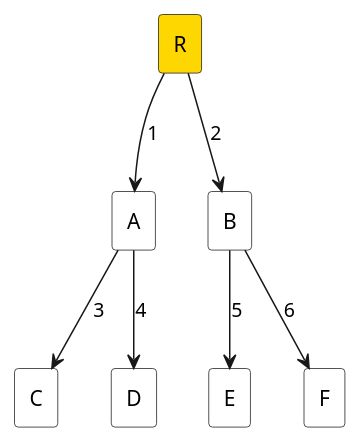
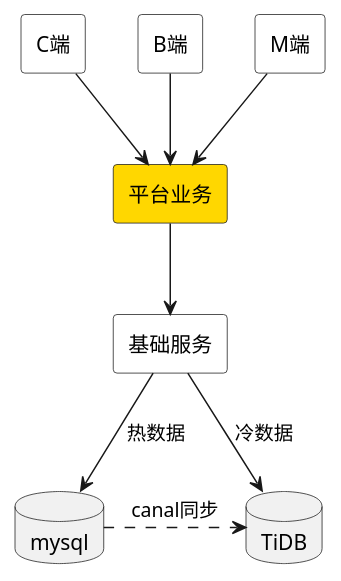
The diagram in diagram/ComponentDemo.puml (dictionaryshi/wxjj), drawn with PlantUML before and after one commit.

Commit message:
ComponentDemo.puml

```diff
--- a/diagram/ComponentDemo.puml
+++ b/diagram/ComponentDemo.puml
@@ -1,25 +1,30 @@
 @startuml
 
 skinparam component {
     Style rectangle
     BackgroundColor white
 }
 
-component #gold R
-component A
-component B
-component C
-component D
-component E
-component F
+component "C端" as A
+component "B端" as B
+component "M端" as M
 
-R --> A : 1
-R --> B : 2
+component "平台业务" as P #gold
 
-A --> C : 3
-A --> D : 4
+component "基础服务" as J
 
-B --> E : 5
-B --> F : 6
+database mysql
+database TiDB
+
+A --> P
+B --> P
+M --> P
+
+P --> J
+
+J -down-> mysql : 热数据
+J -down-> TiDB : 冷数据
+
+mysql -.right-> TiDB: canal同步
 
 @enduml
```
